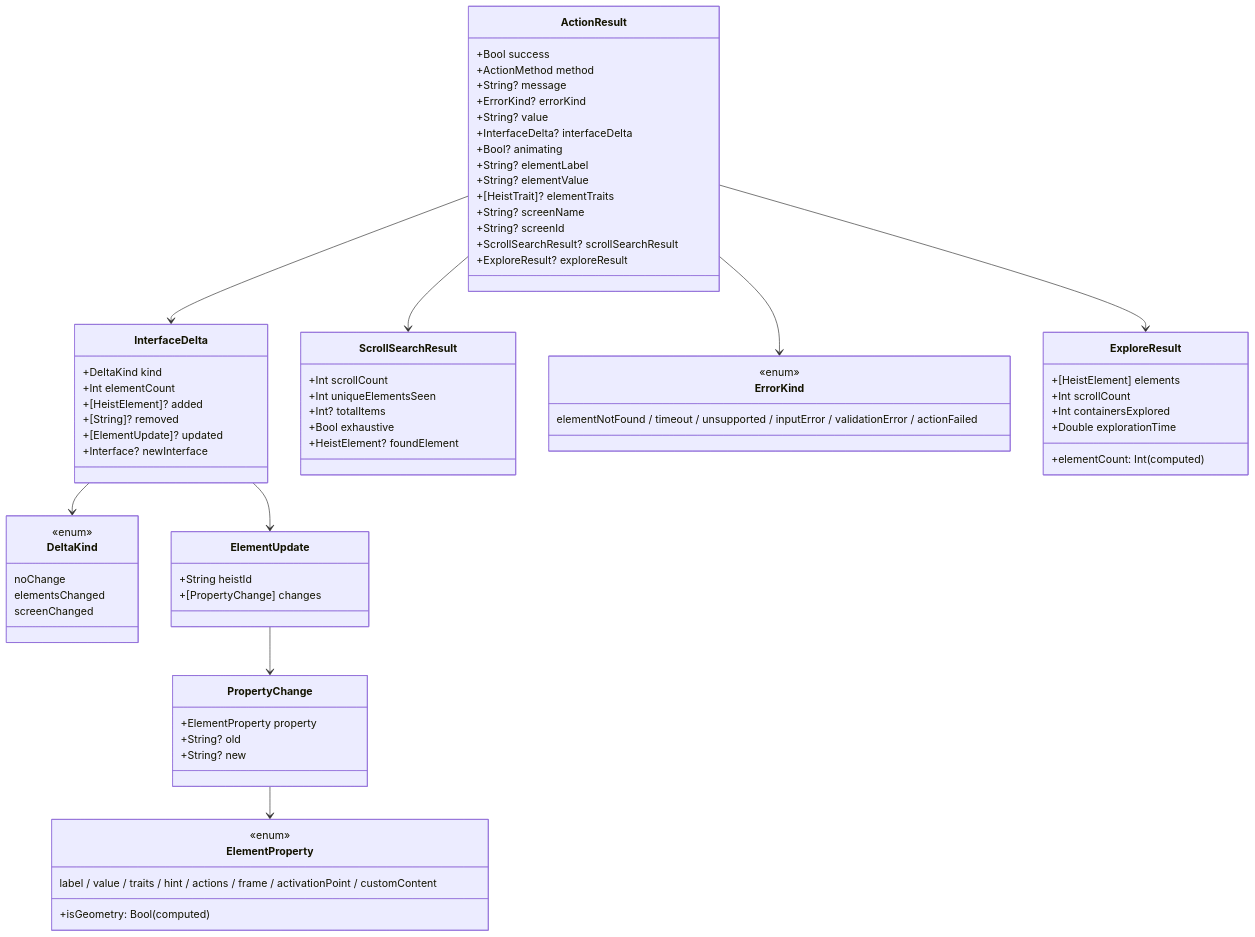
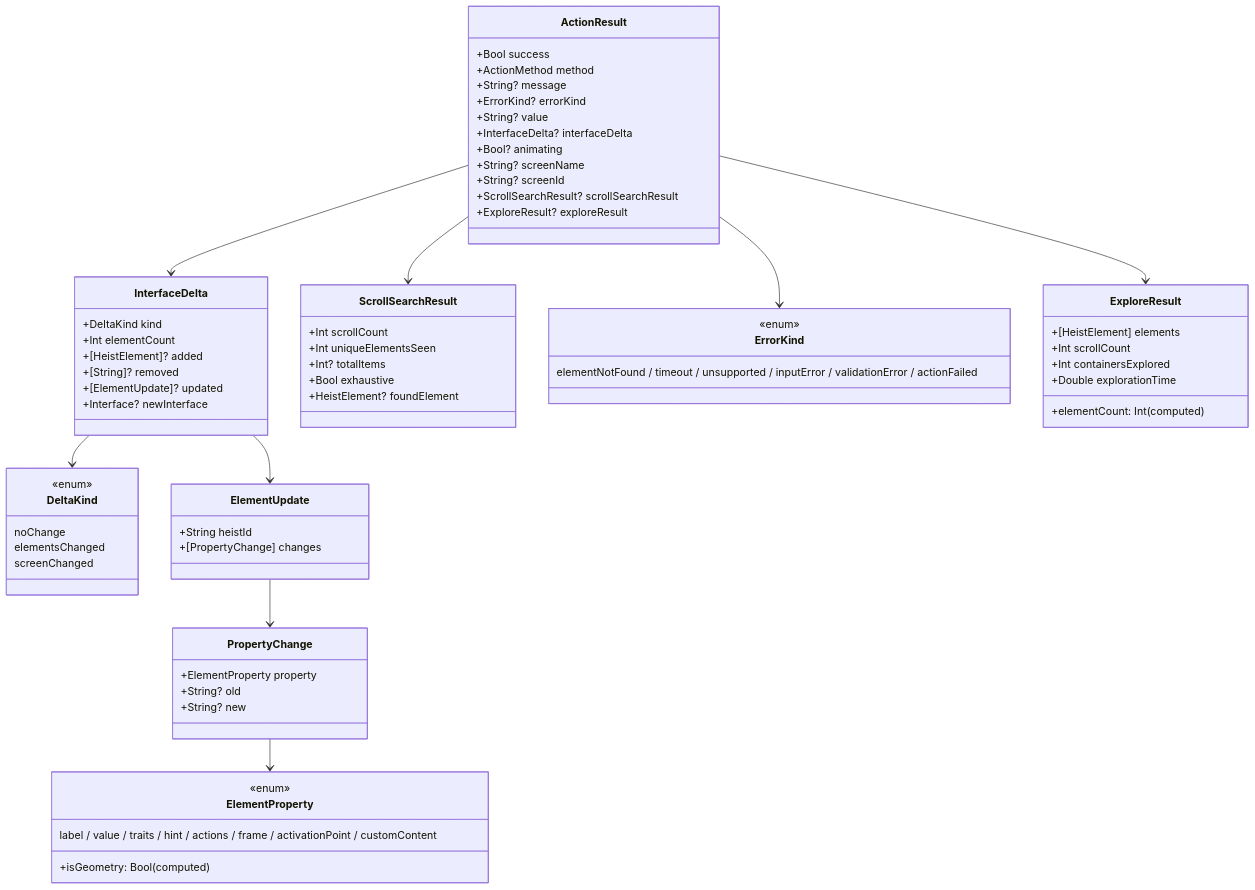
One commit to RoyalPineapple/TheButtonHeist changed the fifth of 7 diagrams in docs/dossiers/18-THESCORE.md. Above: the diagram before and after it, drawn with Mermaid. The commit also changed other lines of this file and 10 other files, not shown here.

````diff
--- a/docs/dossiers/18-THESCORE.md
+++ b/docs/dossiers/18-THESCORE.md
@@ -197,82 +197,79 @@
 ```mermaid
 classDiagram
     class ActionResult {
         +Bool success
         +ActionMethod method
         +String? message
         +ErrorKind? errorKind
         +String? value
         +InterfaceDelta? interfaceDelta
         +Bool? animating
-        +String? elementLabel
-        +String? elementValue
-        +[HeistTrait]? elementTraits
         +String? screenName
         +String? screenId
         +ScrollSearchResult? scrollSearchResult
         +ExploreResult? exploreResult
     }
 
     class InterfaceDelta {
         +DeltaKind kind
         +Int elementCount
         +[HeistElement]? added
         +[String]? removed
         +[ElementUpdate]? updated
         +Interface? newInterface
     }
 
     class DeltaKind {
         <<enum>>
         noChange
         elementsChanged
         screenChanged
     }
 
     class ScrollSearchResult {
         +Int scrollCount
         +Int uniqueElementsSeen
         +Int? totalItems
         +Bool exhaustive
         +HeistElement? foundElement
     }
 
     class ElementUpdate {
         +String heistId
         +[PropertyChange] changes
     }
 
     class PropertyChange {
         +ElementProperty property
         +String? old
         +String? new
     }
 
     class ElementProperty {
         <<enum>>
         label / value / traits / hint / actions / frame / activationPoint / customContent
         +isGeometry: Bool (computed)
     }
 
     class ErrorKind {
         <<enum>>
         elementNotFound / timeout / unsupported / inputError / validationError / actionFailed
     }
 
     class ExploreResult {
         +[HeistElement] elements
         +Int scrollCount
         +Int containersExplored
         +Double explorationTime
         +elementCount: Int (computed)
     }
 
     ActionResult --> ErrorKind
     ActionResult --> InterfaceDelta
     ActionResult --> ScrollSearchResult
     ActionResult --> ExploreResult
     InterfaceDelta --> DeltaKind
     InterfaceDelta --> ElementUpdate
     ElementUpdate --> PropertyChange
     PropertyChange --> ElementProperty
 ```
````
